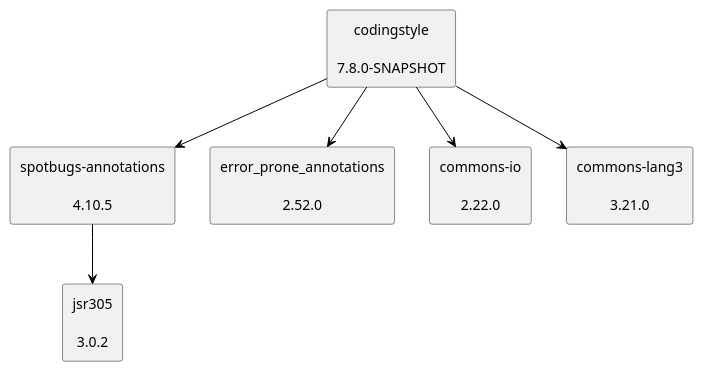
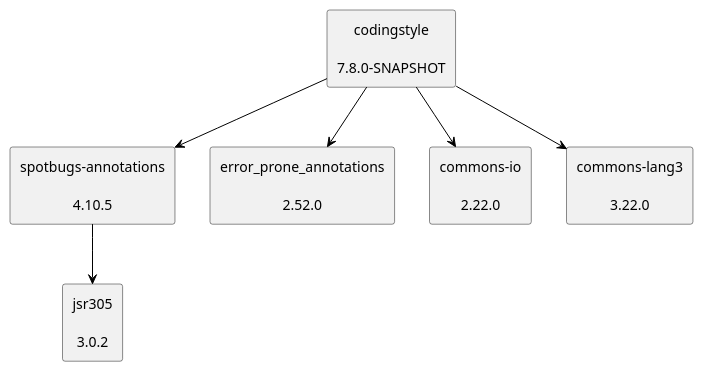
Before and after one commit to uhafner/codingstyle: the diagram in doc/dependency-graph.puml, drawn with PlantUML.

Commit message:
Update dependency graph to latest versions from POM

```diff
--- a/doc/dependency-graph.puml
+++ b/doc/dependency-graph.puml
@@ -1,20 +1,20 @@
 @startuml
 skinparam defaultTextAlignment center
 skinparam rectangle {
   BackgroundColor<<optional>> beige
   BackgroundColor<<test>> lightGreen
   BackgroundColor<<runtime>> lightBlue
   BackgroundColor<<provided>> lightGray
 }
 rectangle "spotbugs-annotations\n\n4.10.5" as com_github_spotbugs_spotbugs_annotations_jar
 rectangle "jsr305\n\n3.0.2" as com_google_code_findbugs_jsr305_jar
 rectangle "codingstyle\n\n7.8.0-SNAPSHOT" as edu_hm_hafner_codingstyle_jar
 rectangle "error_prone_annotations\n\n2.52.0" as com_google_errorprone_error_prone_annotations_jar
 rectangle "commons-io\n\n2.22.0" as commons_io_commons_io_jar
-rectangle "commons-lang3\n\n3.21.0" as org_apache_commons_commons_lang3_jar
+rectangle "commons-lang3\n\n3.22.0" as org_apache_commons_commons_lang3_jar
 com_github_spotbugs_spotbugs_annotations_jar -[#000000]-> com_google_code_findbugs_jsr305_jar
 edu_hm_hafner_codingstyle_jar -[#000000]-> com_github_spotbugs_spotbugs_annotations_jar
 edu_hm_hafner_codingstyle_jar -[#000000]-> com_google_errorprone_error_prone_annotations_jar
 edu_hm_hafner_codingstyle_jar -[#000000]-> commons_io_commons_io_jar
 edu_hm_hafner_codingstyle_jar -[#000000]-> org_apache_commons_commons_lang3_jar
 @enduml
```
